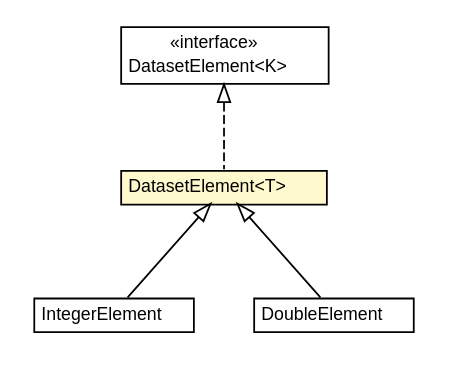
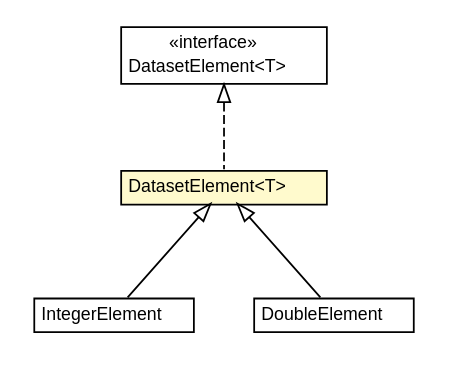
The diagram in docs/it/unica/foresee/datasets/DatasetElement.dot (UnicaLabs-CS/Foresee), drawn with Graphviz before and after one commit. The commit also changed 179 other files, not shown here.

```diff
--- a/docs/it/unica/foresee/datasets/DatasetElement.dot
+++ b/docs/it/unica/foresee/datasets/DatasetElement.dot
@@ -1,43 +1,43 @@
 #!/usr/local/bin/dot
 #
 # Class diagram 
 # Generated by UMLGraph version 5.2 (http://www.umlgraph.org/)
 #
 
 digraph G {
 	edge [fontname="Helvetica",fontsize=10,labelfontname="Helvetica",labelfontsize=10];
 	node [fontname="Helvetica",fontsize=10,shape=plaintext];
 	nodesep=0.25;
 	ranksep=0.5;
-	// it.unica.foresee.datasets.interfaces.DatasetElement<K>
-	c1370 [label=<<table title="it.unica.foresee.datasets.interfaces.DatasetElement" border="0" cellborder="1" cellspacing="0" cellpadding="2" port="p" href="./interfaces/DatasetElement.html">
+	// it.unica.foresee.datasets.interfaces.DatasetElement<T>
+	c1792 [label=<<table title="it.unica.foresee.datasets.interfaces.DatasetElement" border="0" cellborder="1" cellspacing="0" cellpadding="2" port="p" href="./interfaces/DatasetElement.html">
 		<tr><td><table border="0" cellspacing="0" cellpadding="1">
 <tr><td align="center" balign="center"> &#171;interface&#187; </td></tr>
-<tr><td align="center" balign="center"> DatasetElement&lt;K&gt; </td></tr>
+<tr><td align="center" balign="center"> DatasetElement&lt;T&gt; </td></tr>
 		</table></td></tr>
 		</table>>, fontname="Helvetica", fontcolor="black", fontsize=10.0];
 	// it.unica.foresee.datasets.DatasetElement<T>
-	c1380 [label=<<table title="it.unica.foresee.datasets.DatasetElement" border="0" cellborder="1" cellspacing="0" cellpadding="2" port="p" bgcolor="lemonChiffon" href="./DatasetElement.html">
+	c1804 [label=<<table title="it.unica.foresee.datasets.DatasetElement" border="0" cellborder="1" cellspacing="0" cellpadding="2" port="p" bgcolor="lemonChiffon" href="./DatasetElement.html">
 		<tr><td><table border="0" cellspacing="0" cellpadding="1">
 <tr><td align="center" balign="center"> DatasetElement&lt;T&gt; </td></tr>
 		</table></td></tr>
 		</table>>, fontname="Helvetica", fontcolor="black", fontsize=10.0];
 	// it.unica.foresee.datasets.IntegerElement
-	c1390 [label=<<table title="it.unica.foresee.datasets.IntegerElement" border="0" cellborder="1" cellspacing="0" cellpadding="2" port="p" href="./IntegerElement.html">
+	c1814 [label=<<table title="it.unica.foresee.datasets.IntegerElement" border="0" cellborder="1" cellspacing="0" cellpadding="2" port="p" href="./IntegerElement.html">
 		<tr><td><table border="0" cellspacing="0" cellpadding="1">
 <tr><td align="center" balign="center"> IntegerElement </td></tr>
 		</table></td></tr>
 		</table>>, fontname="Helvetica", fontcolor="black", fontsize=10.0];
 	// it.unica.foresee.datasets.DoubleElement
-	c1391 [label=<<table title="it.unica.foresee.datasets.DoubleElement" border="0" cellborder="1" cellspacing="0" cellpadding="2" port="p" href="./DoubleElement.html">
+	c1815 [label=<<table title="it.unica.foresee.datasets.DoubleElement" border="0" cellborder="1" cellspacing="0" cellpadding="2" port="p" href="./DoubleElement.html">
 		<tr><td><table border="0" cellspacing="0" cellpadding="1">
 <tr><td align="center" balign="center"> DoubleElement </td></tr>
 		</table></td></tr>
 		</table>>, fontname="Helvetica", fontcolor="black", fontsize=10.0];
-	//it.unica.foresee.datasets.DatasetElement<T> implements it.unica.foresee.datasets.interfaces.DatasetElement<K>
-	c1370:p -> c1380:p [dir=back,arrowtail=empty,style=dashed];
+	//it.unica.foresee.datasets.DatasetElement<T> implements it.unica.foresee.datasets.interfaces.DatasetElement<T>
+	c1792:p -> c1804:p [dir=back,arrowtail=empty,style=dashed];
 	//it.unica.foresee.datasets.IntegerElement extends it.unica.foresee.datasets.DatasetElement<java.lang.Integer>
-	c1380:p -> c1390:p [dir=back,arrowtail=empty];
+	c1804:p -> c1814:p [dir=back,arrowtail=empty];
 	//it.unica.foresee.datasets.DoubleElement extends it.unica.foresee.datasets.DatasetElement<java.lang.Double>
-	c1380:p -> c1391:p [dir=back,arrowtail=empty];
+	c1804:p -> c1815:p [dir=back,arrowtail=empty];
 }
```
